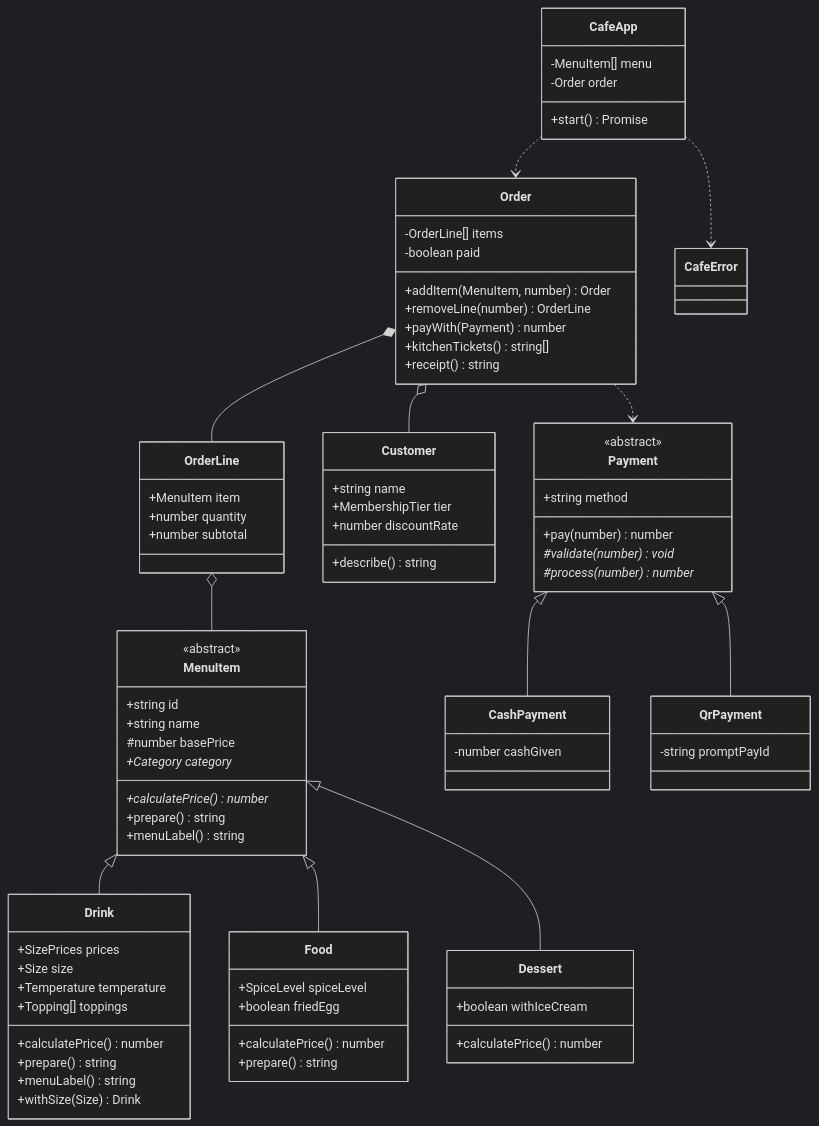
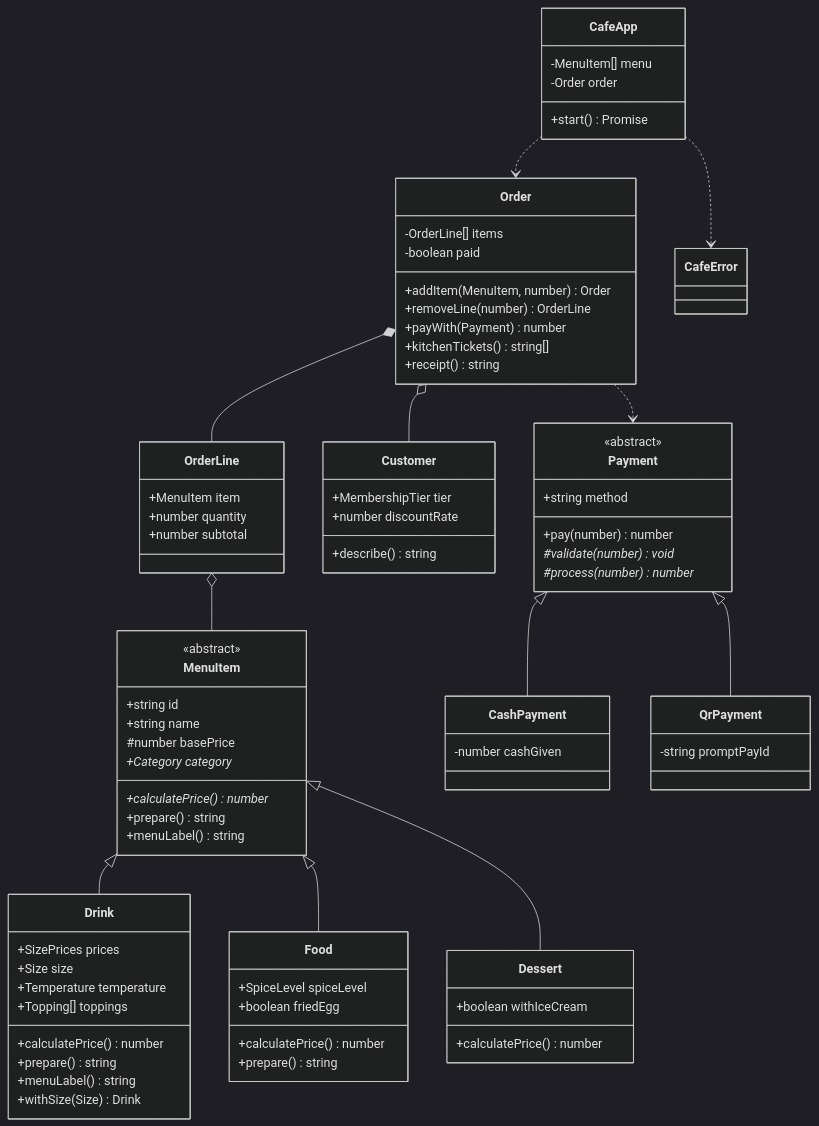
Before and after one commit to Jester1478/ProjectOOP: the diagram in README.md, drawn with Mermaid (dark theme). The commit also changed other lines of this file and 2 other files, not shown here.

```diff
--- a/README.md
+++ b/README.md
@@ -95,7 +95,6 @@
         +number subtotal
     }
     class Customer {
-        +string name
         +MembershipTier tier
         +number discountRate
         +describe() string
```
